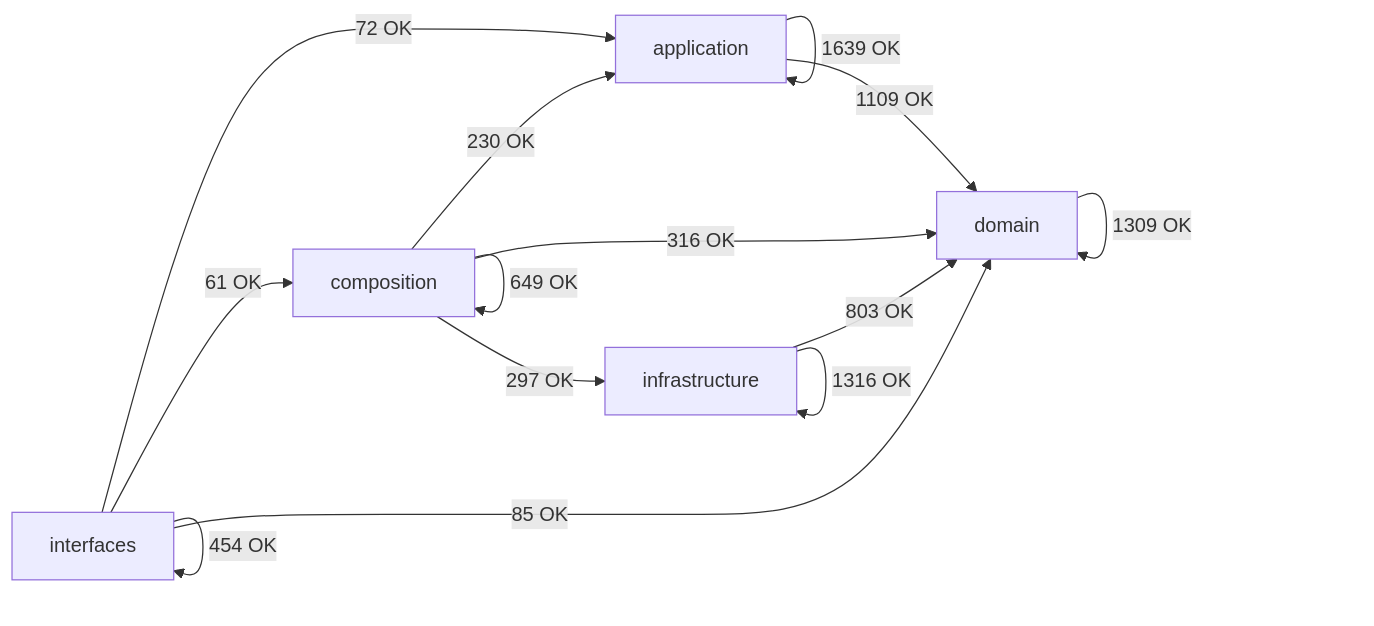
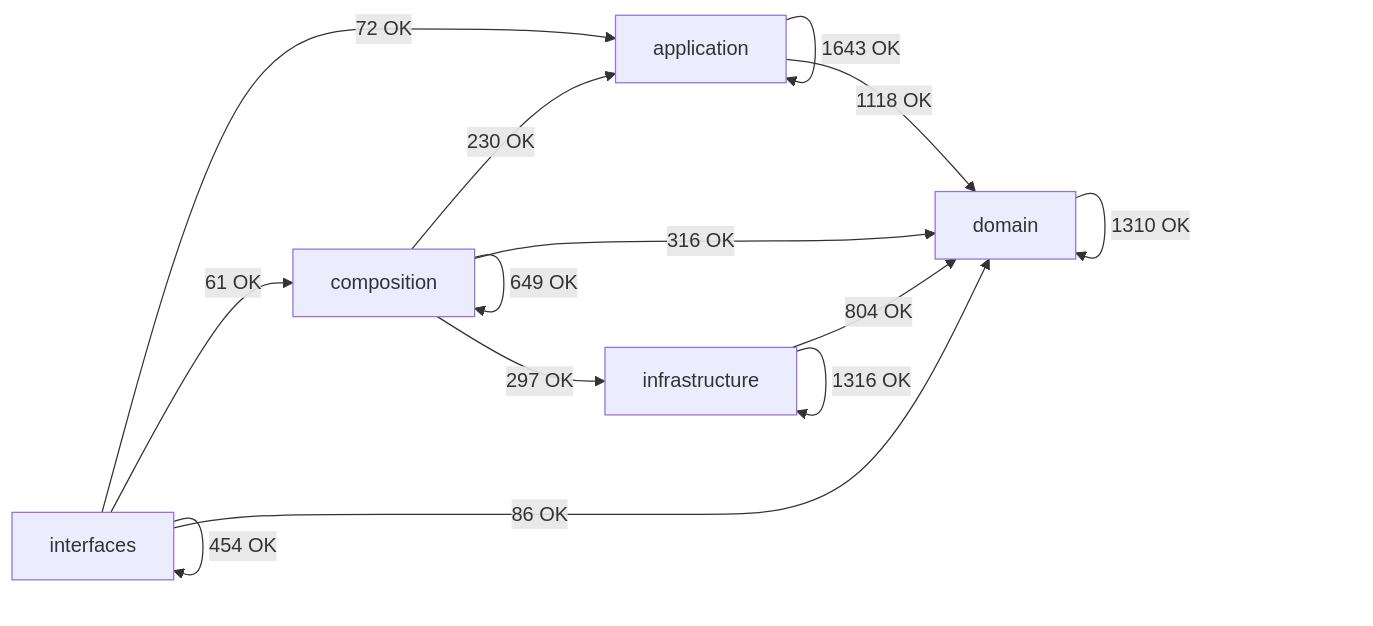
Before and after one commit to SatoryKono/BioactivityDataAcquisition: the diagram in docs/02-architecture/generated/module-dependency-map.md, drawn with Mermaid. The commit also changed other lines of this file and 55 other files, not shown here.

````diff
--- a/docs/02-architecture/generated/module-dependency-map.md
+++ b/docs/02-architecture/generated/module-dependency-map.md
@@ -17,21 +17,21 @@
 ```mermaid
 flowchart LR
     domain[domain]
     application[application]
     infrastructure[infrastructure]
     composition[composition]
     interfaces[interfaces]
-    application -->|1639 OK| application
-    application -->|1109 OK| domain
+    application -->|1643 OK| application
+    application -->|1118 OK| domain
     composition -->|230 OK| application
     composition -->|649 OK| composition
     composition -->|316 OK| domain
     composition -->|297 OK| infrastructure
-    domain -->|1309 OK| domain
-    infrastructure -->|803 OK| domain
+    domain -->|1310 OK| domain
+    infrastructure -->|804 OK| domain
     infrastructure -->|1316 OK| infrastructure
     interfaces -->|72 OK| application
     interfaces -->|61 OK| composition
-    interfaces -->|85 OK| domain
+    interfaces -->|86 OK| domain
     interfaces -->|454 OK| interfaces
 ```
````
